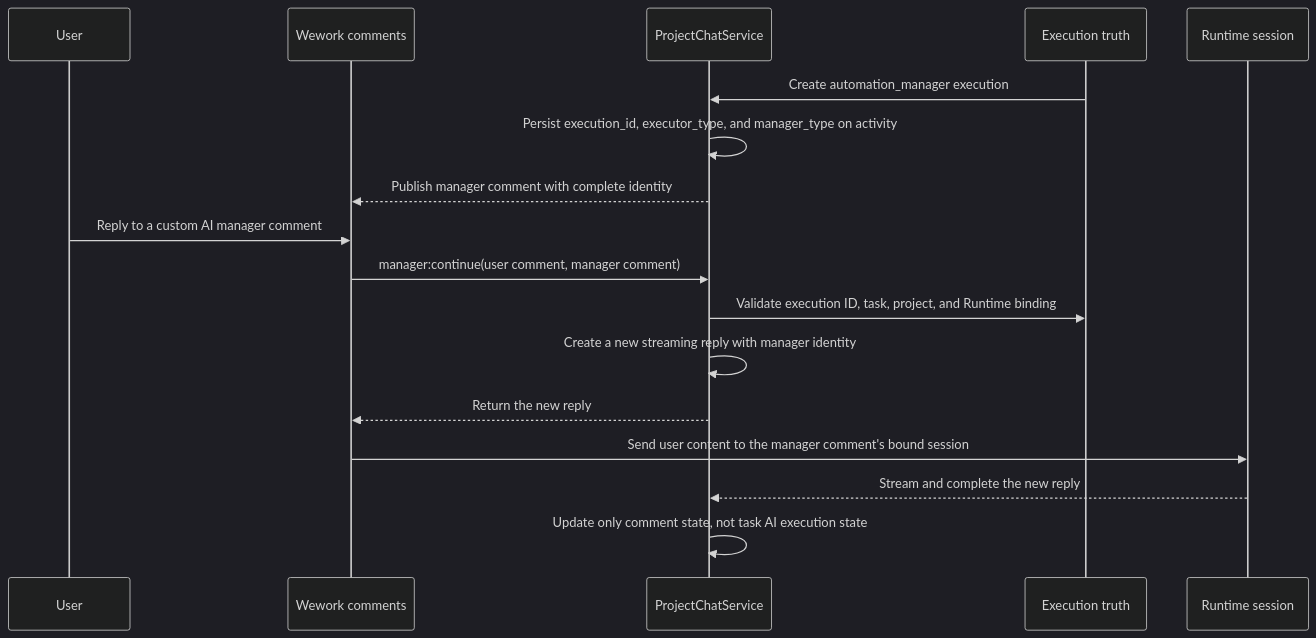
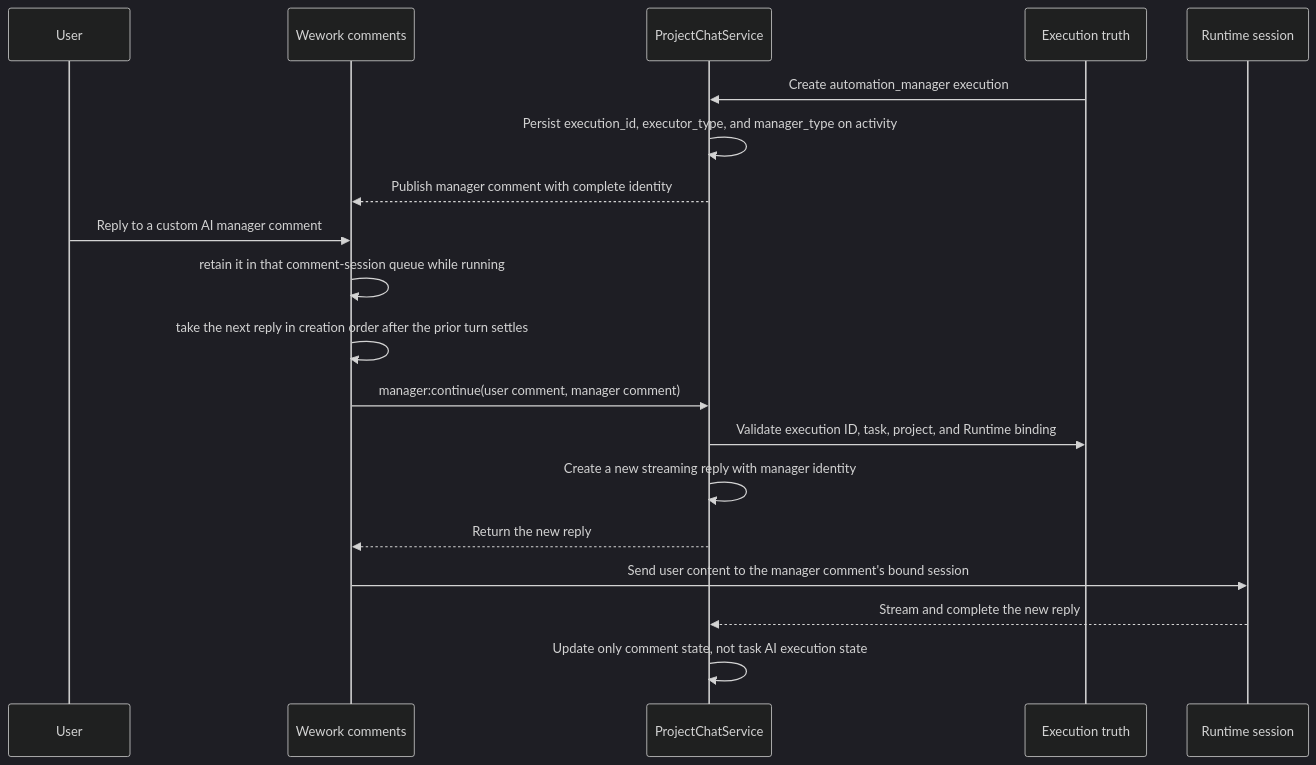
One commit to wecode-ai/Wegent changed the second of 2 diagrams in docs/en/architecture/automation-manager-continuation.md. Above: the diagram before and after it, drawn with Mermaid (dark theme). The commit also changed other lines of this file and 6 other files, not shown here.

Commit message:
fix(wework): queue replies for running task sessions

````diff
--- a/docs/en/architecture/automation-manager-continuation.md
+++ b/docs/en/architecture/automation-manager-continuation.md
@@ -21,20 +22,22 @@
 ```mermaid
 sequenceDiagram
     participant U as User
     participant W as Wework comments
     participant C as ProjectChatService
     participant X as Execution truth
     participant R as Runtime session
 
     X->>C: Create automation_manager execution
     C->>C: Persist execution_id, executor_type, and manager_type on activity
     C-->>W: Publish manager comment with complete identity
     U->>W: Reply to a custom AI manager comment
+    W->>W: retain it in that comment-session queue while running
+    W->>W: take the next reply in creation order after the prior turn settles
     W->>C: manager:continue(user comment, manager comment)
     C->>X: Validate execution ID, task, project, and Runtime binding
     C->>C: Create a new streaming reply with manager identity
     C-->>W: Return the new reply
     W->>R: Send user content to the manager comment's bound session
     R-->>C: Stream and complete the new reply
     C->>C: Update only comment state, not task AI execution state
 ```
````
